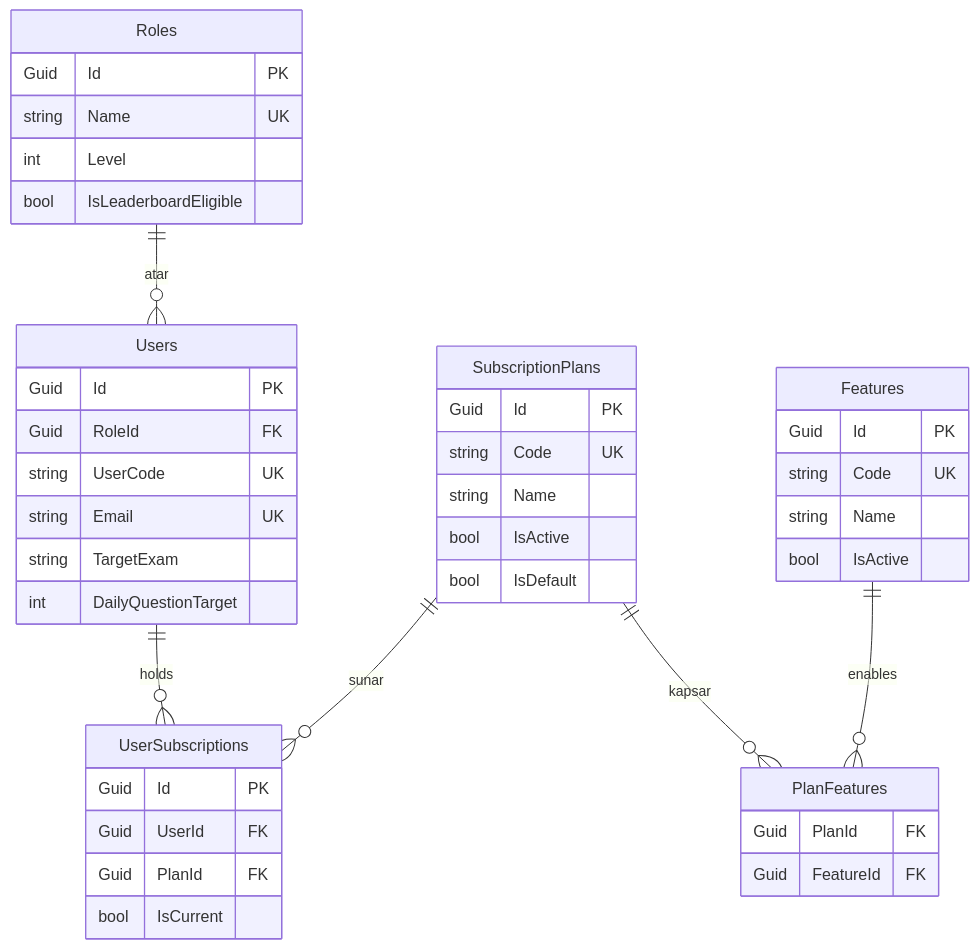
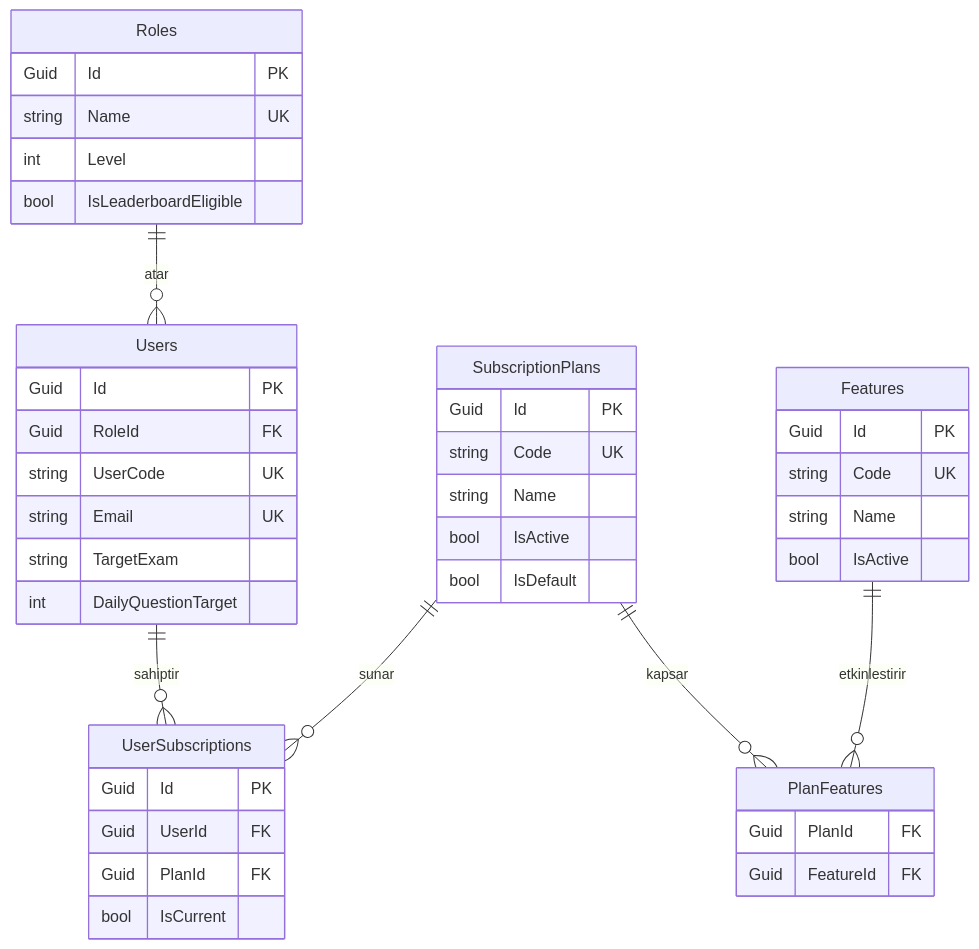
One commit to keminbtepe/KPSS-ODAK changed the fifth of 12 diagrams in README.md. Above: the diagram before and after it, drawn with Mermaid. The commit also changed other lines of this file, not shown here.

Commit message:
Localize Turkish diagram relationship labels

````diff
--- a/README.md
+++ b/README.md
@@ -493,45 +493,45 @@
 ```mermaid
 erDiagram
     Roles ||--o{ Users : atar
-    Users ||--o{ UserSubscriptions : holds
+    Users ||--o{ UserSubscriptions : sahiptir
     SubscriptionPlans ||--o{ UserSubscriptions : sunar
     SubscriptionPlans ||--o{ PlanFeatures : kapsar
-    Features ||--o{ PlanFeatures : enables
+    Features ||--o{ PlanFeatures : etkinlestirir
     Roles {
         Guid Id PK
         string Name UK
         int Level
         bool IsLeaderboardEligible
     }
     Users {
         Guid Id PK
         Guid RoleId FK
         string UserCode UK
         string Email UK
         string TargetExam
         int DailyQuestionTarget
     }
     SubscriptionPlans {
         Guid Id PK
         string Code UK
         string Name
         bool IsActive
         bool IsDefault
     }
     Features {
         Guid Id PK
         string Code UK
         string Name
         bool IsActive
     }
     PlanFeatures {
         Guid PlanId FK
         Guid FeatureId FK
     }
     UserSubscriptions {
         Guid Id PK
         Guid UserId FK
         Guid PlanId FK
         bool IsCurrent
     }
 ```
````
